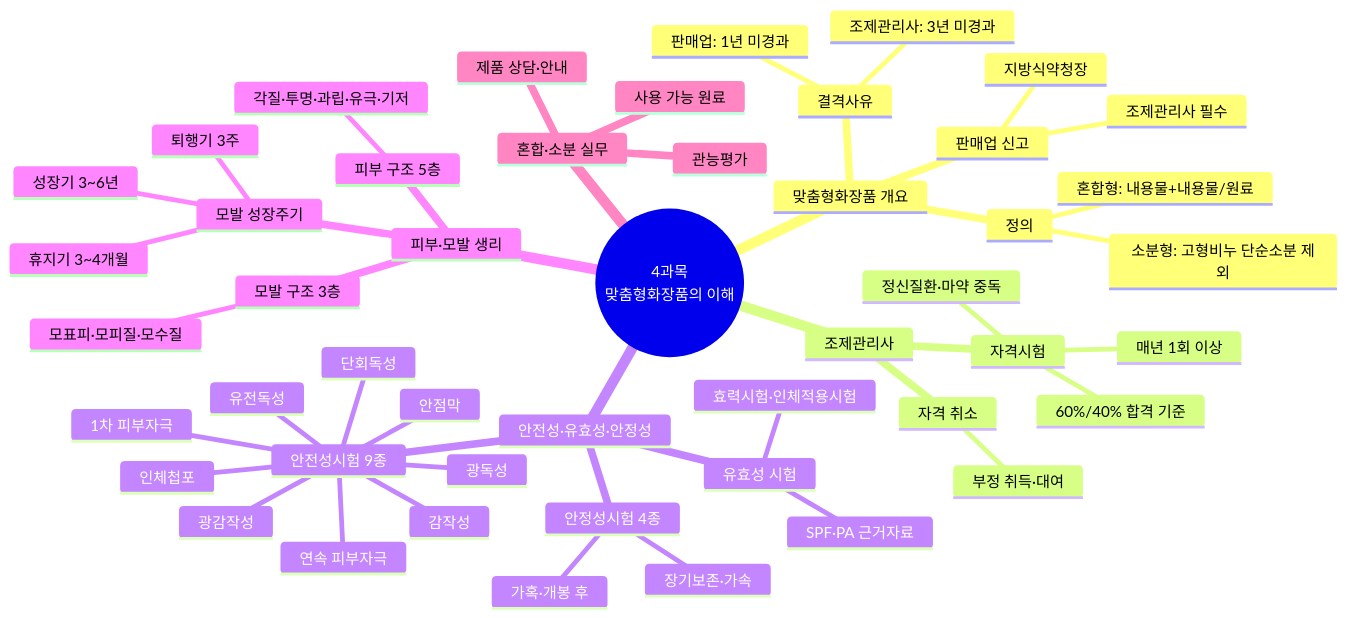
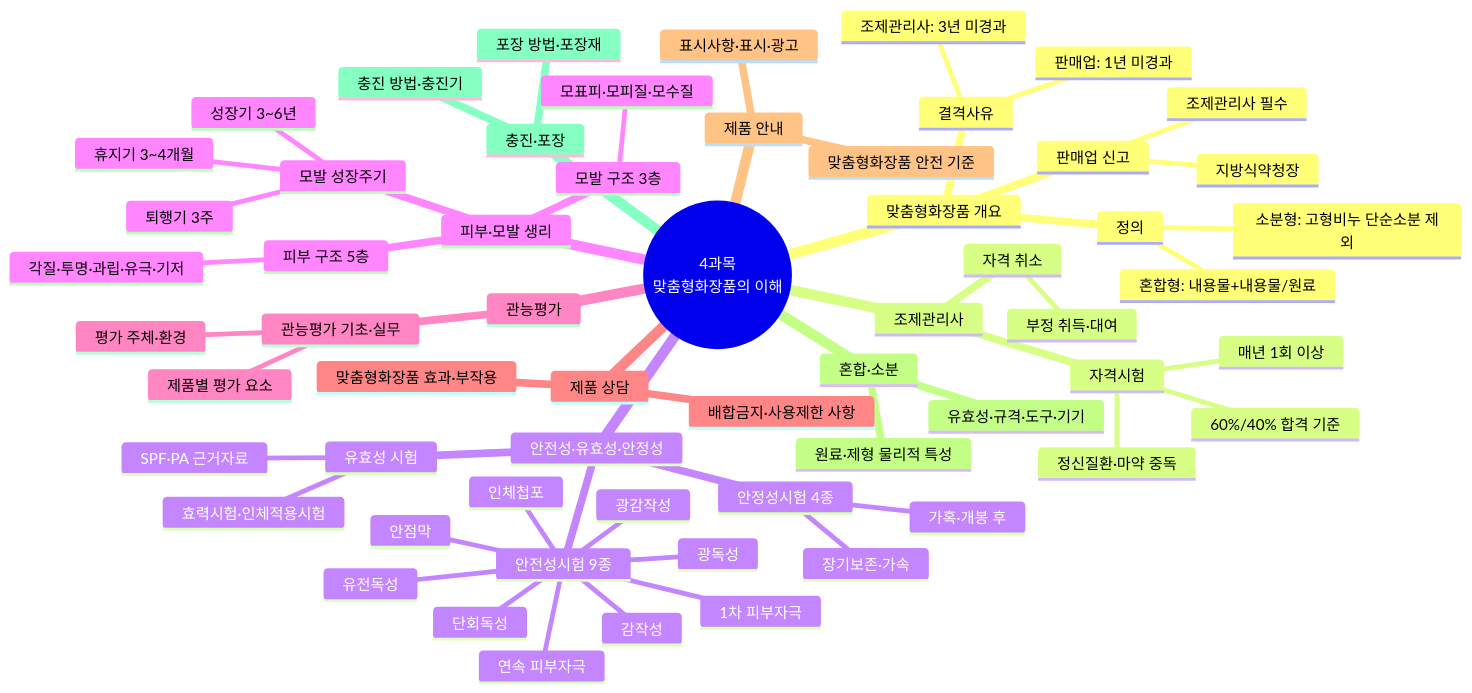
One commit to skygoldlee-cyber/Personalized_Skincare changed the first of 23 diagrams in content/교재/understanding/4과목_맞춤형화장품의이해_이야기형.md. Above: the diagram before and after it, drawn with Mermaid. The commit also changed other lines of this file and 14 other files, not shown here.

````diff
--- a/content/교재/understanding/4과목_맞춤형화장품의이해_이야기형.md
+++ b/content/교재/understanding/4과목_맞춤형화장품의이해_이야기형.md
@@ -204,51 +204,63 @@
 ```mermaid
 mindmap
  root((4과목<br/>맞춤형화장품의 이해))
   맞춤형화장품 개요
    정의
     혼합형: 내용물+내용물/원료
     소분형: 고형비누 단순소분 제외
    판매업 신고
     지방식약청장
     조제관리사 필수
    결격사유
     판매업: 1년 미경과
     조제관리사: 3년 미경과
   조제관리사
    자격시험
     매년 1회 이상
     60%/40% 합격 기준
     정신질환·마약 중독
    자격 취소
     부정 취득·대여
   안전성·유효성·안정성
    안전성시험 9종
     단회독성
     1차 피부자극
     연속 피부자극
     안점막
     감작성
     광독성
     광감작성
     인체첩포
     유전독성
    유효성 시험
     효력시험·인체적용시험
     SPF·PA 근거자료
    안정성시험 4종
     장기보존·가속
     가혹·개봉 후
   피부·모발 생리
    피부 구조 5층
     각질·투명·과립·유극·기저
    모발 구조 3층
     모표피·모피질·모수질
    모발 성장주기
     성장기 3~6년
     퇴행기 3주
     휴지기 3~4개월
-  혼합·소분 실무
-   사용 가능 원료
-   관능평가
-   제품 상담·안내
+  관능평가
+   관능평가 기초·실무
+    평가 주체·환경
+    제품별 평가 요소
+  제품 상담
+   맞춤형화장품 효과·부작용
+   배합금지·사용제한 사항
+  제품 안내
+   표시사항·표시·광고
+   맞춤형화장품 안전 기준
+  혼합·소분
+   원료·제형 물리적 특성
+   유효성·규격·도구·기기
+  충진·포장
+   충진 방법·충진기
+   포장 방법·포장재
 ```
````
